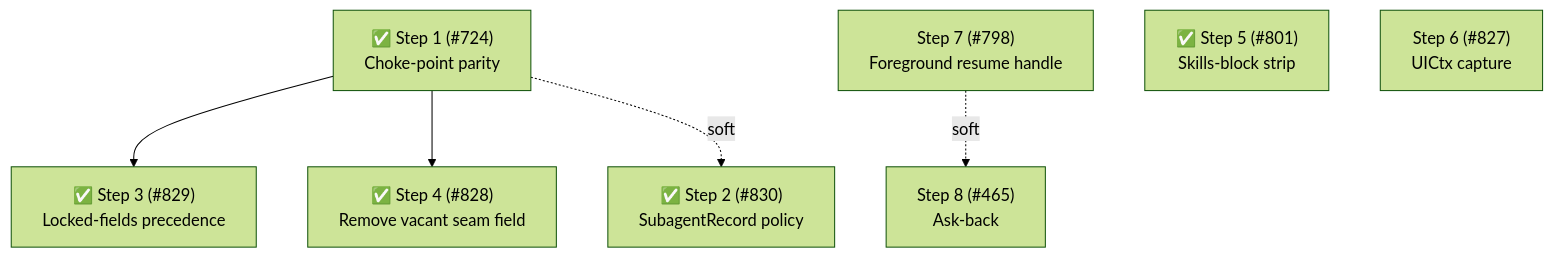
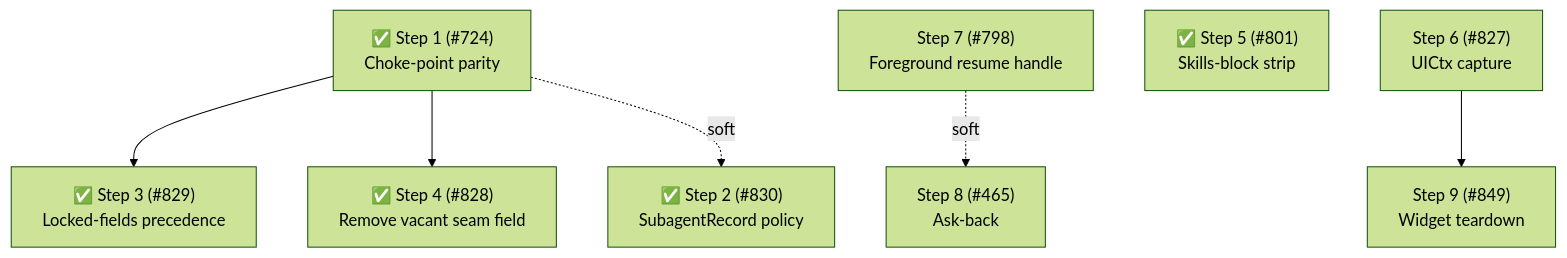
Before and after one commit to gotgenes/pi-packages: the sixth of 6 diagrams in packages/pi-subagents/docs/architecture/architecture.md, drawn with Mermaid (forest theme). The commit also changed other lines of this file, not shown here.

````diff
--- a/packages/pi-subagents/docs/architecture/architecture.md
+++ b/packages/pi-subagents/docs/architecture/architecture.md
@@ -935,9 +952,9 @@
 ```mermaid
 flowchart TD
     S1["✅ Step 1 (#724)<br/>Choke-point parity"] --> S3["✅ Step 3 (#829)<br/>Locked-fields precedence"]
     S1 --> S4["✅ Step 4 (#828)<br/>Remove vacant seam field"]
     S1 -.soft.-> S2["✅ Step 2 (#830)<br/>SubagentRecord policy"]
     S7["Step 7 (#798)<br/>Foreground resume handle"] -.soft.-> S8["Step 8 (#465)<br/>Ask-back"]
     S5["✅ Step 5 (#801)<br/>Skills-block strip"]
-    S6["Step 6 (#827)<br/>UICtx capture"]
+    S6["Step 6 (#827)<br/>UICtx capture"] --> S9["Step 9 (#849)<br/>Widget teardown"]
 ```
````
